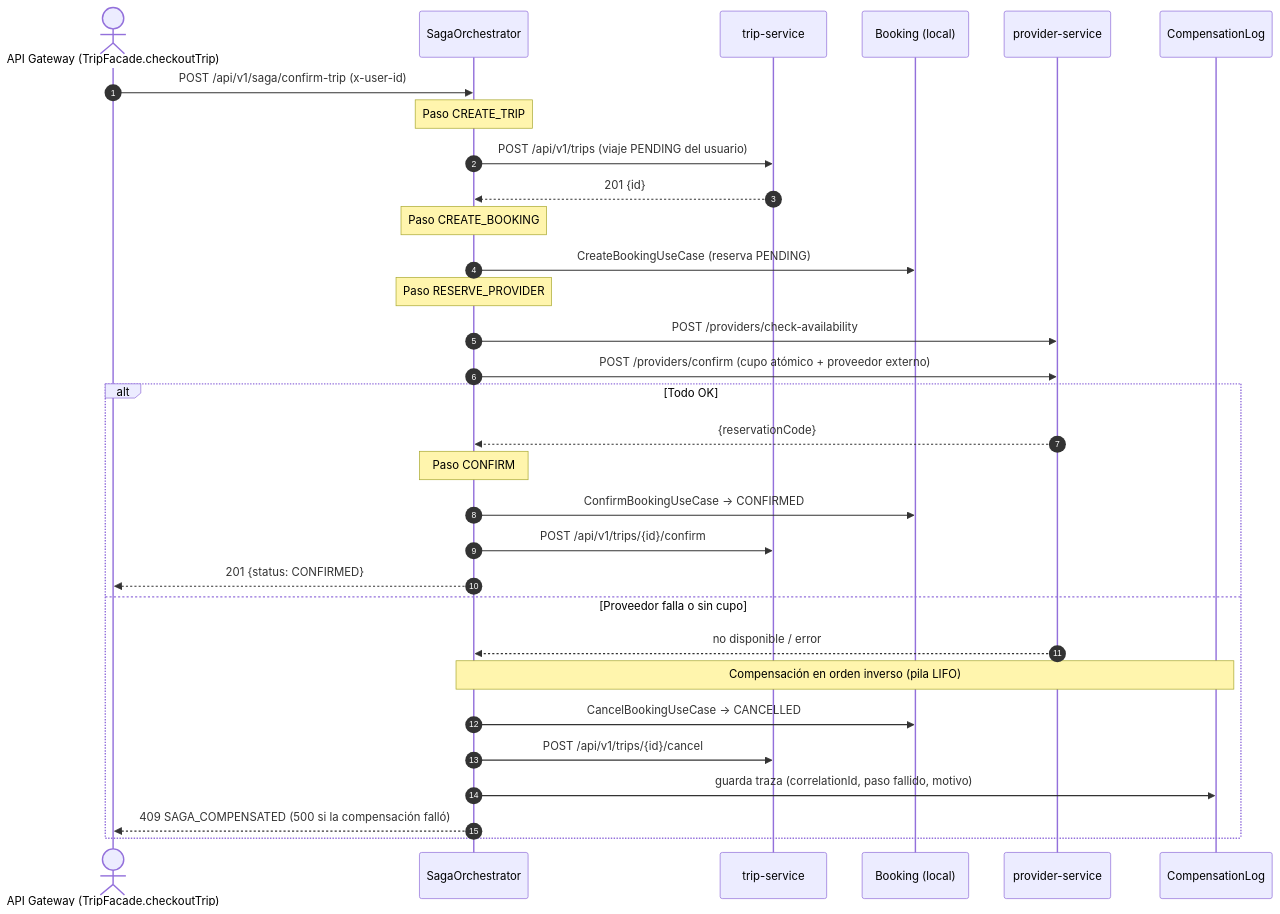
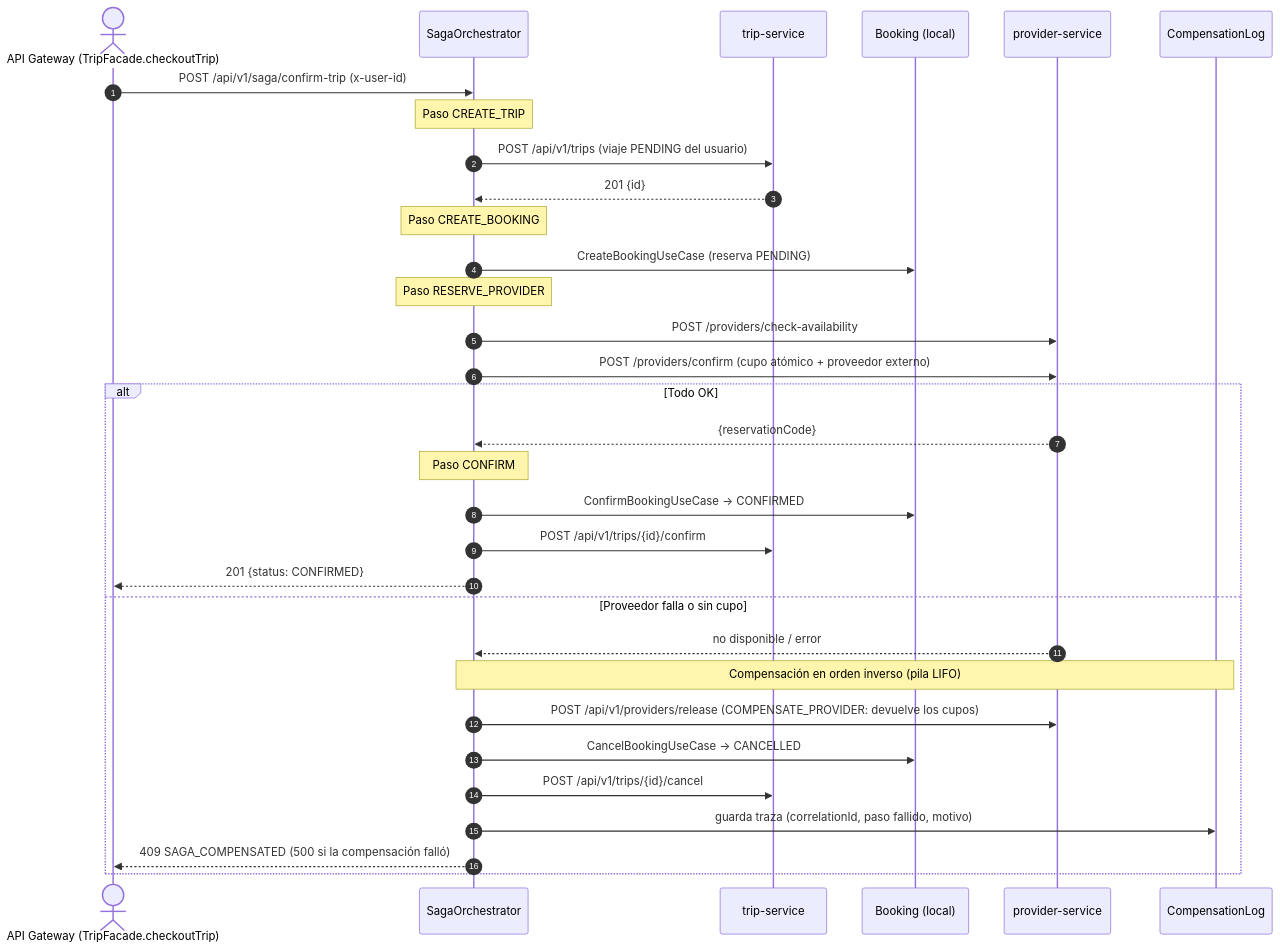
Before and after one commit to ALEXYSALCED0/Wayvo: the fourth of 10 diagrams in docs/c4/c4-level3-components.md, drawn with Mermaid. The commit also changed other lines of this file and 5 other files, not shown here.

````diff
--- a/docs/c4/c4-level3-components.md
+++ b/docs/c4/c4-level3-components.md
@@ -186,35 +205,36 @@
 ```mermaid
 sequenceDiagram
     autonumber
     actor GW as API Gateway (TripFacade.checkoutTrip)
     participant Saga as SagaOrchestrator
     participant Trip as trip-service
     participant Booking as Booking (local)
     participant Provider as provider-service
     participant Log as CompensationLog
 
     GW->>Saga: POST /api/v1/saga/confirm-trip (x-user-id)
     Note over Saga: Paso CREATE_TRIP
     Saga->>Trip: POST /api/v1/trips (viaje PENDING del usuario)
     Trip-->>Saga: 201 {id}
     Note over Saga: Paso CREATE_BOOKING
     Saga->>Booking: CreateBookingUseCase (reserva PENDING)
     Note over Saga: Paso RESERVE_PROVIDER
     Saga->>Provider: POST /providers/check-availability
     Saga->>Provider: POST /providers/confirm (cupo atómico + proveedor externo)
 
     alt Todo OK
         Provider-->>Saga: {reservationCode}
         Note over Saga: Paso CONFIRM
         Saga->>Booking: ConfirmBookingUseCase → CONFIRMED
         Saga->>Trip: POST /api/v1/trips/{id}/confirm
         Saga-->>GW: 201 {status: CONFIRMED}
     else Proveedor falla o sin cupo
         Provider-->>Saga: no disponible / error
         Note over Saga,Log: Compensación en orden inverso (pila LIFO)
+        Saga->>Provider: POST /api/v1/providers/release (COMPENSATE_PROVIDER: devuelve los cupos)
         Saga->>Booking: CancelBookingUseCase → CANCELLED
         Saga->>Trip: POST /api/v1/trips/{id}/cancel
         Saga->>Log: guarda traza (correlationId, paso fallido, motivo)
         Saga-->>GW: 409 SAGA_COMPENSATED (500 si la compensación falló)
     end
 ```
````
